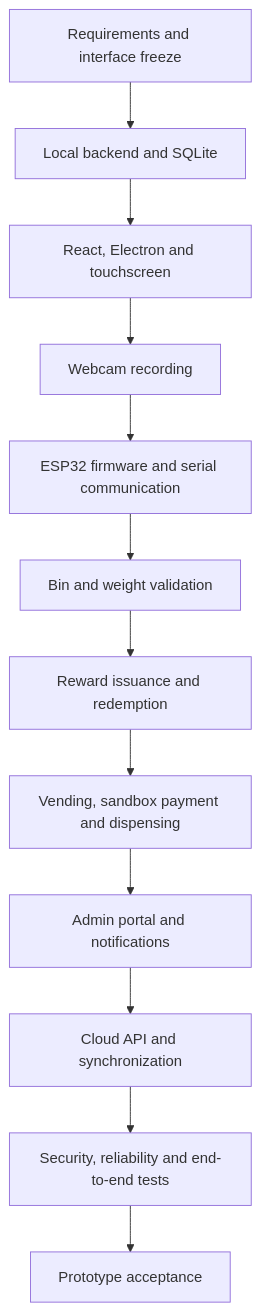
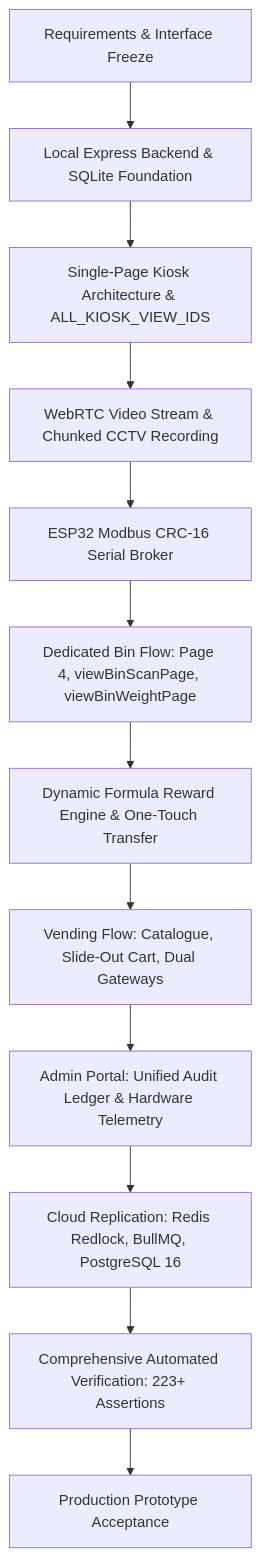
One commit to aswanayyappan/tech-farm-vending-machine changed the ninth of 10 diagrams in SDDS_V5_Documents/SDDS_V5_Product_Requirements_Document.md. Above: the diagram before and after it, drawn with Mermaid. The commit also changed other lines of this file and 2 other files, not shown here.

Commit message:
docs: synchronize SDDS V5 PRD and Plan of Action with current web architecture

````diff
--- a/SDDS_V5_Documents/SDDS_V5_Product_Requirements_Document.md
+++ b/SDDS_V5_Documents/SDDS_V5_Product_Requirements_Document.md
@@ -836,14 +852,14 @@
 ```mermaid
 flowchart TD
-    A[Requirements and interface freeze] --> B[Local backend and SQLite]
-    B --> C[React, Electron and touchscreen]
-    C --> D[Webcam recording]
-    D --> E[ESP32 firmware and serial communication]
-    E --> F[Bin and weight validation]
-    F --> G[Reward issuance and redemption]
-    G --> H[Vending, sandbox payment and dispensing]
-    H --> I[Admin portal and notifications]
-    I --> J[Cloud API and synchronization]
-    J --> K[Security, reliability and end-to-end tests]
-    K --> L[Prototype acceptance]
+    A[Requirements & Interface Freeze] --> B[Local Express Backend & SQLite Foundation]
+    B --> C[Single-Page Kiosk Architecture & ALL_KIOSK_VIEW_IDS]
+    C --> D[WebRTC Video Stream & Chunked CCTV Recording]
+    D --> E[ESP32 Modbus CRC-16 Serial Broker]
+    E --> F[Dedicated Bin Flow: Page 4, viewBinScanPage, viewBinWeightPage]
+    F --> G[Dynamic Formula Reward Engine & One-Touch Transfer]
+    G --> H[Vending Flow: Catalogue, Slide-Out Cart, Dual Gateways]
+    H --> I[Admin Portal: Unified Audit Ledger & Hardware Telemetry]
+    I --> J[Cloud Replication: Redis Redlock, BullMQ, PostgreSQL 16]
+    J --> K[Comprehensive Automated Verification: 223+ Assertions]
+    K --> L[Production Prototype Acceptance]
 ```
````
